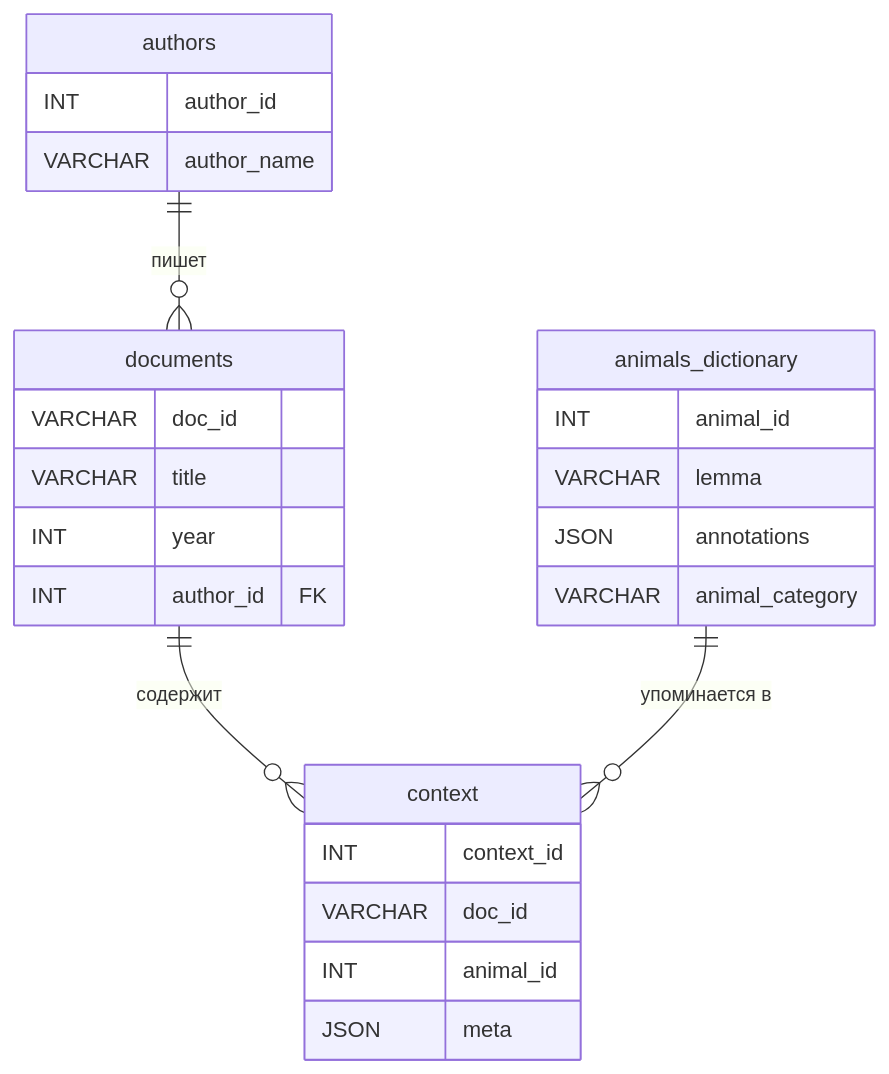
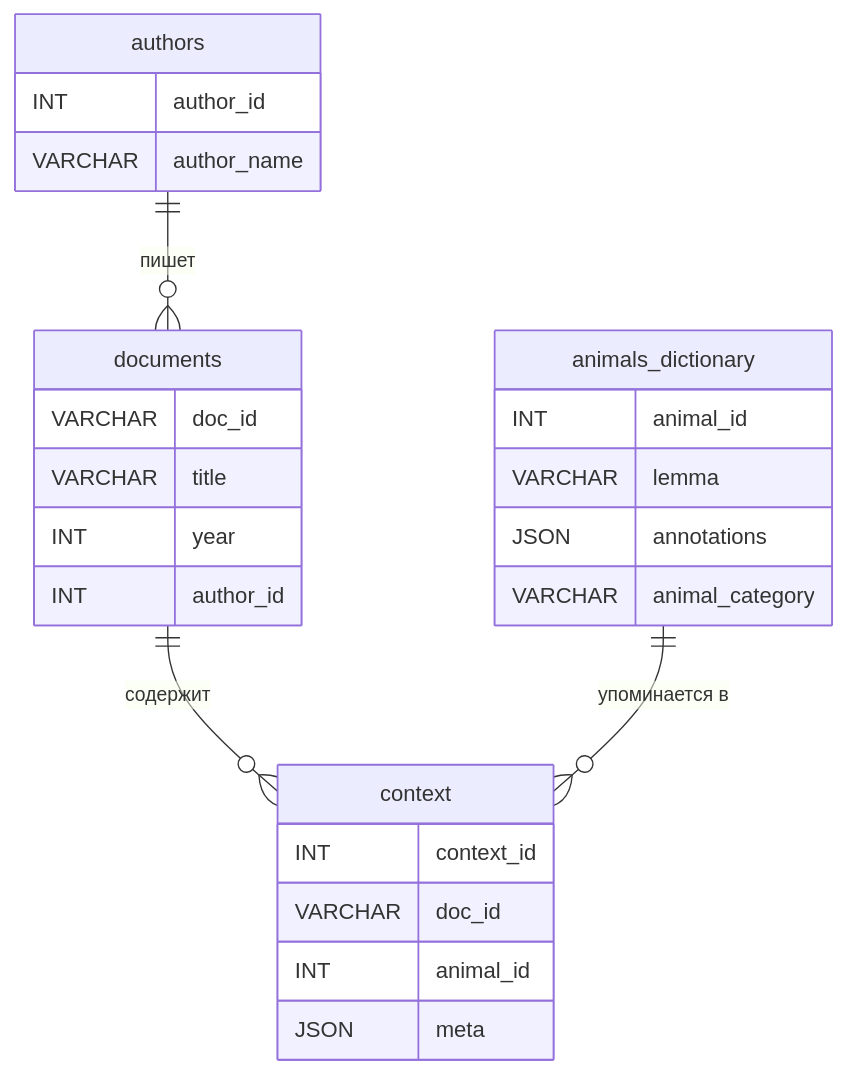
The diagram in README.md (olyadiya/DB_project_animals), drawn with Mermaid before and after one commit.

Commit message:
Remove FK constraint from author_id in README

````diff
--- a/README.md
+++ b/README.md
@@ -7,28 +7,28 @@
 ``` mermaid
 erDiagram
   authors {
     INT author_id
     VARCHAR author_name
   }
   documents {
     VARCHAR doc_id
     VARCHAR title
     INT year
-    INT author_id FK
+    INT author_id
   }
   animals_dictionary {
     INT animal_id
     VARCHAR lemma
     JSON annotations
     VARCHAR animal_category
   }
   context {
     INT context_id
     VARCHAR doc_id
     INT animal_id
     JSON meta
   }
   authors ||--o{ documents : "пишет"
   documents ||--o{ context : "содержит"
   animals_dictionary ||--o{ context : "упоминается в"
 ```
````
